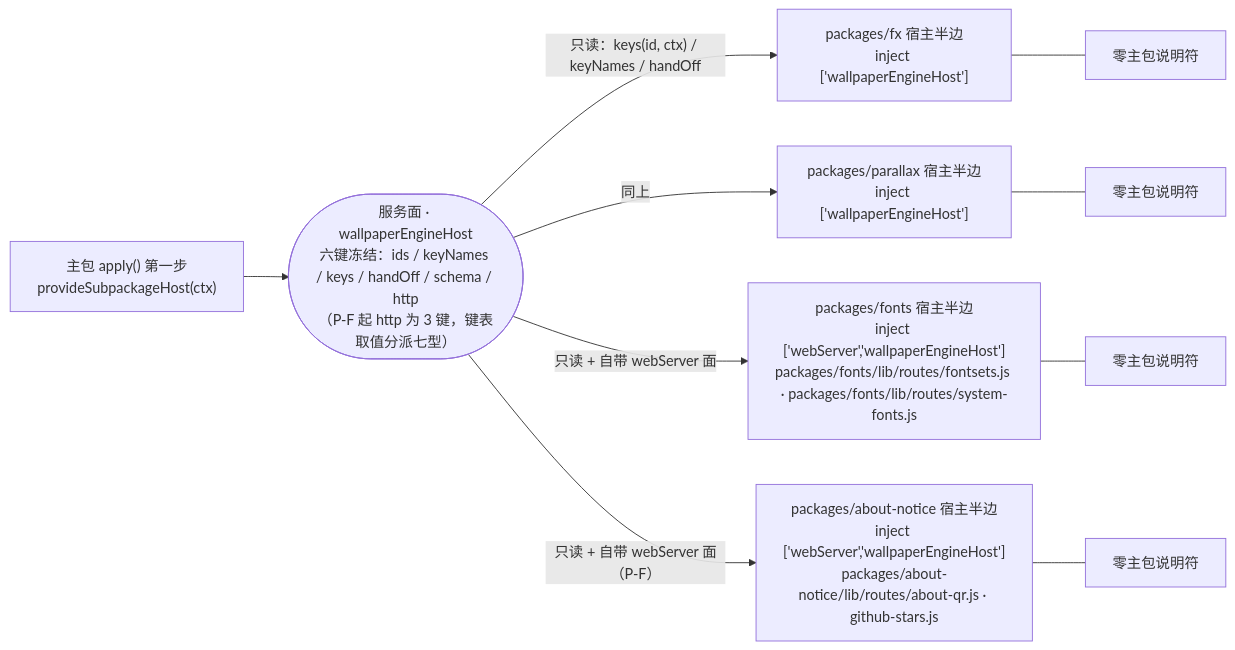
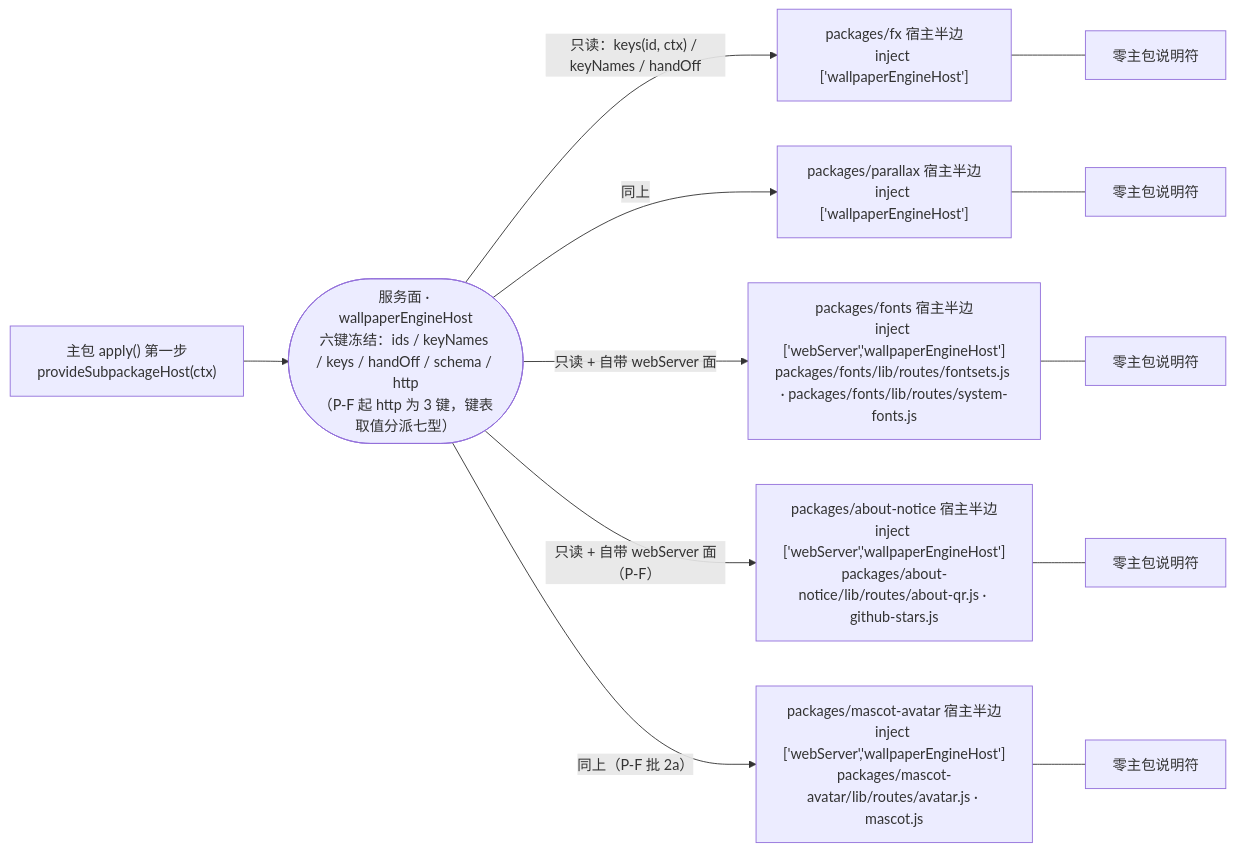
Before and after one commit to AuroraAeon/dsh-wallpaper-engine: the second of 3 diagrams in docs/SUBPACKAGE-GRAPH.md, drawn with Mermaid. The commit also changed other lines of this file and 23 other files, not shown here.

First line of the commit message:
refactor(bundle-split): P-F 批 2a —— mascot-avatar 出户 + 门面装载路径补 http 面

````diff
--- a/docs/SUBPACKAGE-GRAPH.md
+++ b/docs/SUBPACKAGE-GRAPH.md
@@ -49,14 +49,16 @@
 ```mermaid
 graph LR
   APPLY["主包 apply() 第一步<br/>provideSubpackageHost(ctx)"]
   SVC(["服务面 · wallpaperEngineHost<br/>六键冻结：ids / keyNames / keys / handOff / schema / http<br/>（P-F 起 http 为 3 键，键表取值分派七型）"])
   APPLY --> SVC
   SVC -->|"只读：keys(id, ctx) / keyNames / handOff"| FX["packages/fx 宿主半边<br/>inject ['wallpaperEngineHost']"]
   SVC -->|"同上"| PX["packages/parallax 宿主半边<br/>inject ['wallpaperEngineHost']"]
   SVC -->|"只读 + 自带 webServer 面"| FT["packages/fonts 宿主半边<br/>inject ['webServer','wallpaperEngineHost']<br/>packages/fonts/lib/routes/fontsets.js · packages/fonts/lib/routes/system-fonts.js"]
   SVC -->|"只读 + 自带 webServer 面（P-F）"| AN["packages/about-notice 宿主半边<br/>inject ['webServer','wallpaperEngineHost']<br/>packages/about-notice/lib/routes/about-qr.js · github-stars.js"]
+  SVC -->|"同上（P-F 批 2a）"| MA["packages/mascot-avatar 宿主半边<br/>inject ['webServer','wallpaperEngineHost']<br/>packages/mascot-avatar/lib/routes/avatar.js · mascot.js"]
   FX --- N1["零主包说明符"]
   PX --- N2["零主包说明符"]
   FT --- N3["零主包说明符"]
   AN --- N4["零主包说明符"]
+  MA --- N5["零主包说明符"]
 ```
````
